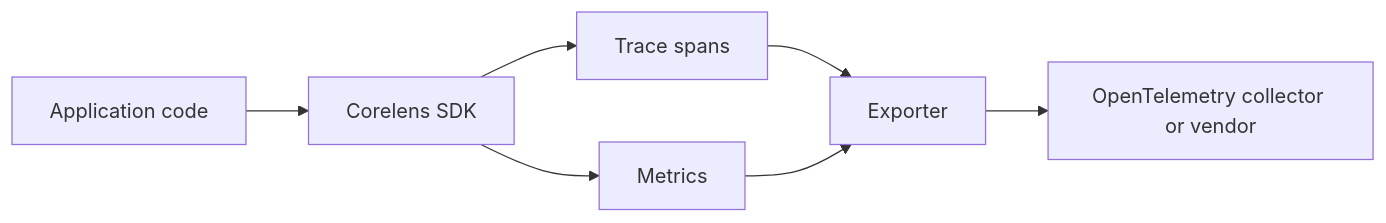
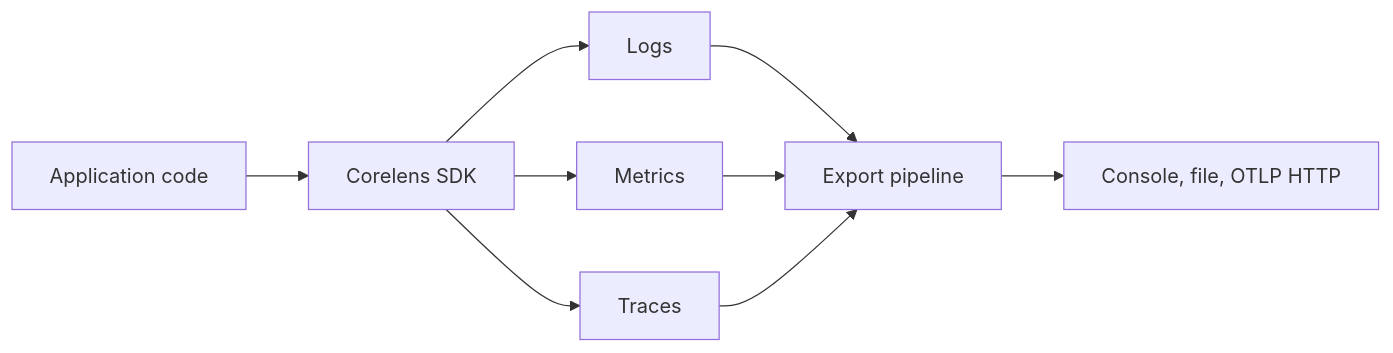
Before and after one commit to Varsilias/varsilias.dev: the diagram in corelens/overview.mdx, drawn with Mermaid. The commit also changed other lines of this file and 28 other files, not shown here.

````diff
--- a/corelens/overview.mdx
+++ b/corelens/overview.mdx
@@ -43,9 +54,11 @@
 ```mermaid
 flowchart LR
   A[Application code] --> B[Corelens SDK]
-  B --> C[Trace spans]
+  B --> C[Logs]
   B --> D[Metrics]
-  C --> E[Exporter]
-  D --> E
-  E --> F[OpenTelemetry collector or vendor]
+  B --> E[Traces]
+  C --> F[Export pipeline]
+  D --> F
+  E --> F
+  F --> G[Console, file, OTLP HTTP]
 ```
````
